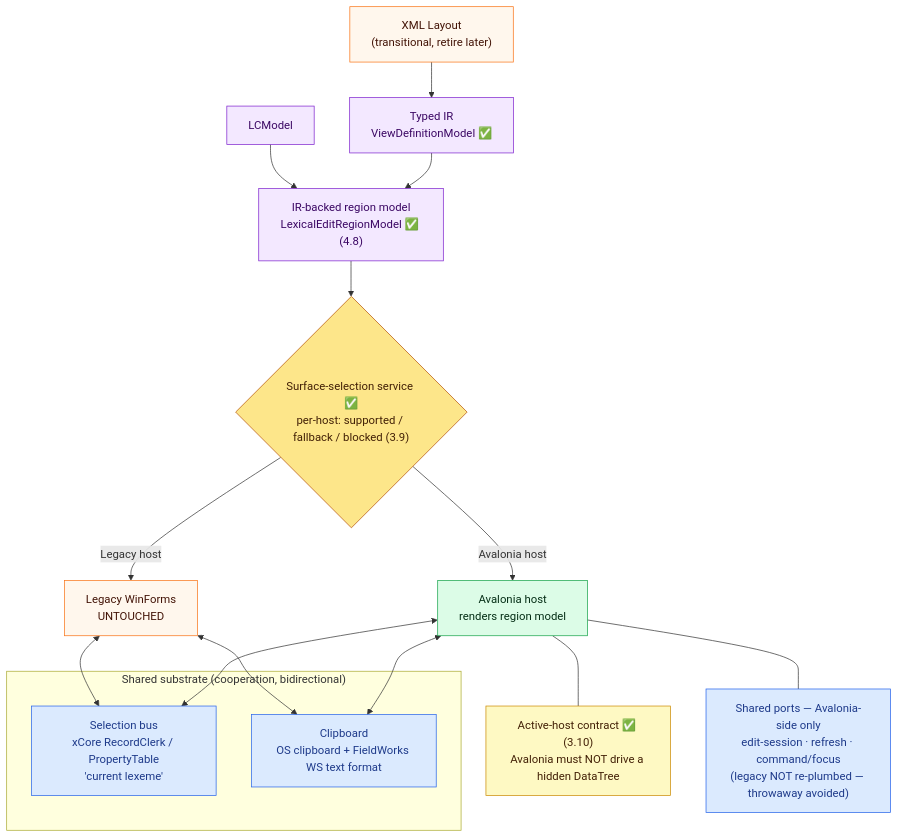
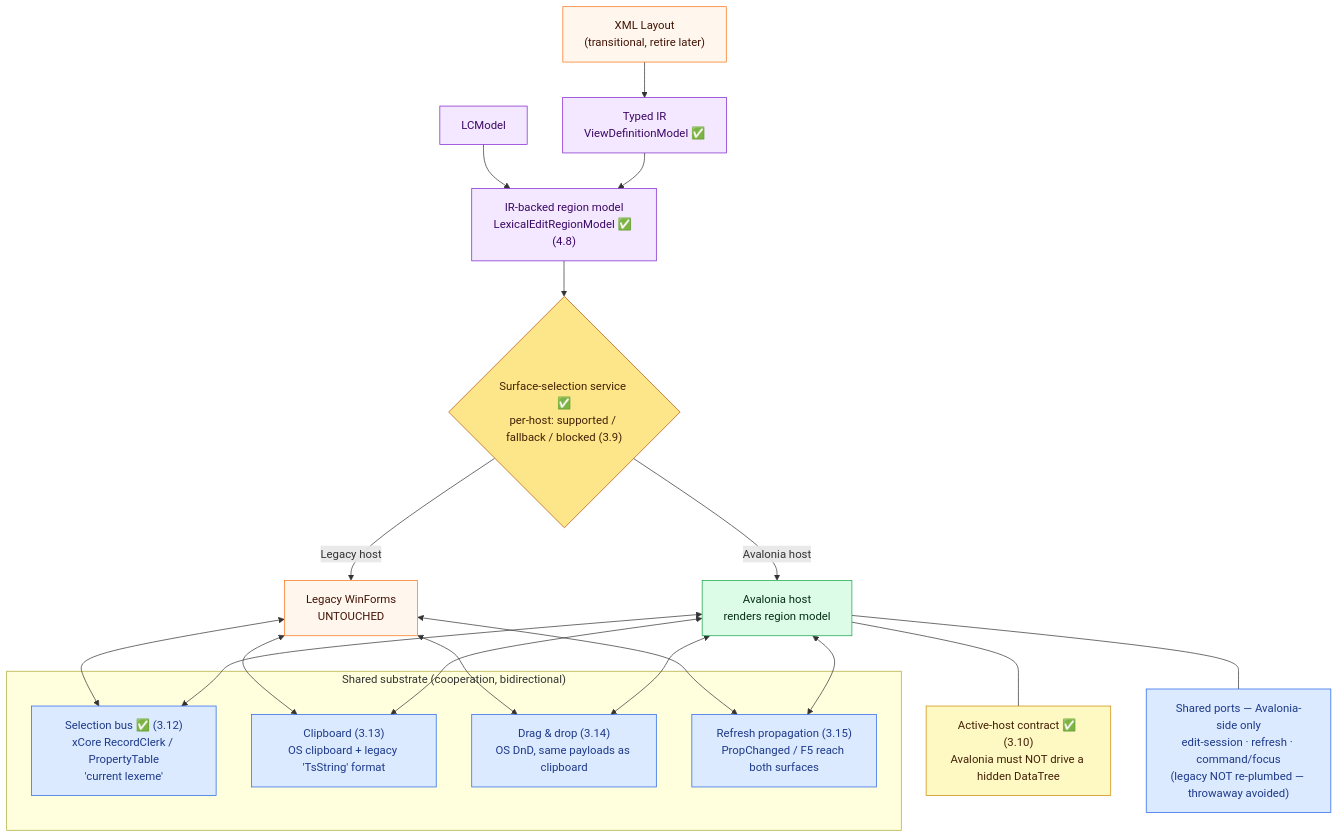
The eighth of 8 diagrams in openspec/changes/lexical-edit-avalonia-migration/architecture-diagrams.md (sillsdev/FieldWorks), drawn with Mermaid before and after one commit. The commit also changed other lines of this file and 27 other files, not shown here.

````diff
--- a/openspec/changes/lexical-edit-avalonia-migration/architecture-diagrams.md
+++ b/openspec/changes/lexical-edit-avalonia-migration/architecture-diagrams.md
@@ -415,32 +418,38 @@
 ```mermaid
 flowchart TB
   XML["XML Layout<br/>(transitional, retire later)"]:::legacy --> IR["Typed IR<br/>ViewDefinitionModel ✅"]:::model
   LCM["LCModel"]:::model --> Region["IR-backed region model<br/>LexicalEditRegionModel ✅ (4.8)"]:::model
   IR --> Region
 
   Region --> Switch{"Surface-selection service ✅<br/>per-host: supported / fallback / blocked (3.9)"}:::seam
   Switch -->|Legacy host| LWF["Legacy WinForms<br/>UNTOUCHED"]:::legacy
   Switch -->|Avalonia host| AV["Avalonia host<br/>renders region model"]:::future
 
   Audit["Active-host contract ✅ (3.10)<br/>Avalonia must NOT drive a hidden DataTree"]:::test
   AV --- Audit
 
   subgraph Substrate["Shared substrate (cooperation, bidirectional)"]
-    Sel["Selection bus<br/>xCore RecordClerk / PropertyTable<br/>'current lexeme'"]:::port
-    Clip["Clipboard<br/>OS clipboard + FieldWorks WS text format"]:::port
+    Sel["Selection bus ✅ (3.12)<br/>xCore RecordClerk / PropertyTable<br/>'current lexeme'"]:::port
+    Clip["Clipboard (3.13)<br/>OS clipboard + legacy 'TsString' format"]:::port
+    Dnd["Drag &amp; drop (3.14)<br/>OS DnD, same payloads as clipboard"]:::port
+    Refresh["Refresh propagation (3.15)<br/>PropChanged / F5 reach both surfaces"]:::port
   end
   LWF <--> Sel
   AV <--> Sel
   LWF <--> Clip
   AV <--> Clip
+  LWF <--> Dnd
+  AV <--> Dnd
+  LWF <--> Refresh
+  AV <--> Refresh
 
   Ports["Shared ports — Avalonia-side only<br/>edit-session · refresh · command/focus<br/>(legacy NOT re-plumbed — throwaway avoided)"]:::port
   AV --- Ports
 
   classDef legacy fill:#fff7ed,stroke:#f97316,color:#431407;
   classDef future fill:#dcfce7,stroke:#16a34a,color:#052e16;
   classDef model fill:#f3e8ff,stroke:#7e22ce,color:#3b0764;
   classDef port fill:#dbeafe,stroke:#2563eb,color:#1e3a8a;
   classDef seam fill:#fde68a,stroke:#b45309,color:#422006;
   classDef test fill:#fef9c3,stroke:#ca8a04,color:#422006;
 ```
````
